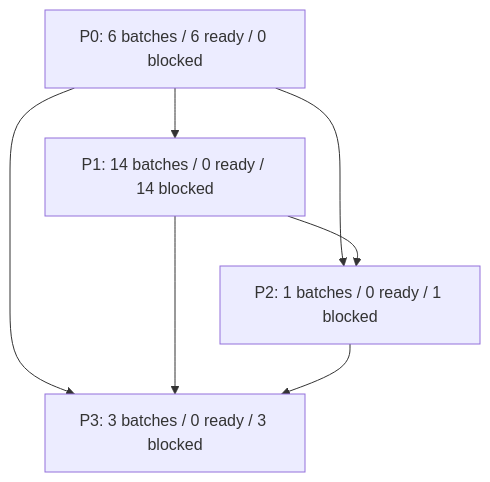
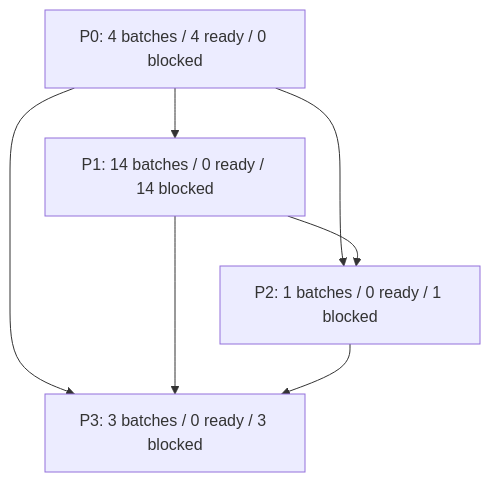
Before and after one commit to Elexvx/Lumira: the first of 2 diagrams in artifacts/ddd/release/release-action-dependency-graph.md, drawn with Mermaid. The commit also changed other lines of this file and 358 other files, not shown here.

````diff
--- a/artifacts/ddd/release/release-action-dependency-graph.md
+++ b/artifacts/ddd/release/release-action-dependency-graph.md
@@ -21,13 +21,13 @@
 ```mermaid
 flowchart TD
-  p_P0["P0: 6 batches / 6 ready / 0 blocked"]
+  p_P0["P0: 4 batches / 4 ready / 0 blocked"]
   p_P1["P1: 14 batches / 0 ready / 14 blocked"]
   p_P2["P2: 1 batches / 0 ready / 1 blocked"]
   p_P3["P3: 3 batches / 0 ready / 3 blocked"]
   p_P0 --> p_P1
   p_P0 --> p_P2
   p_P0 --> p_P3
   p_P1 --> p_P2
   p_P1 --> p_P3
   p_P2 --> p_P3
 ```
````
